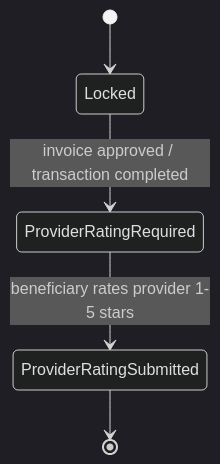
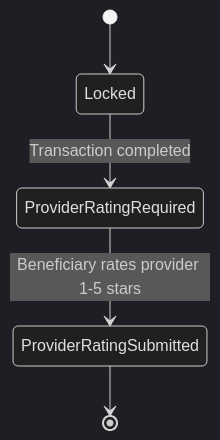
One commit to Yadd-SanaaUniversityGraduationProject/yadd changed the fifth of 7 diagrams in docs/03-analysis/07-lifecycles.md. Above: the diagram before and after it, drawn with Mermaid (dark theme). The commit also changed other lines of this file, not shown here.

Commit message:
analysis: fix transaction terminal state and response lifecycle

````diff
--- a/docs/03-analysis/07-lifecycles.md
+++ b/docs/03-analysis/07-lifecycles.md
@@ -111,7 +115,7 @@
 ```mermaid
 stateDiagram-v2
     [*] --> Locked
-    Locked --> ProviderRatingRequired: invoice approved / transaction completed
-    ProviderRatingRequired --> ProviderRatingSubmitted: beneficiary rates provider 1-5 stars
+    Locked --> ProviderRatingRequired: Transaction completed
+    ProviderRatingRequired --> ProviderRatingSubmitted: Beneficiary rates provider 1-5 stars
     ProviderRatingSubmitted --> [*]
 ```
````
